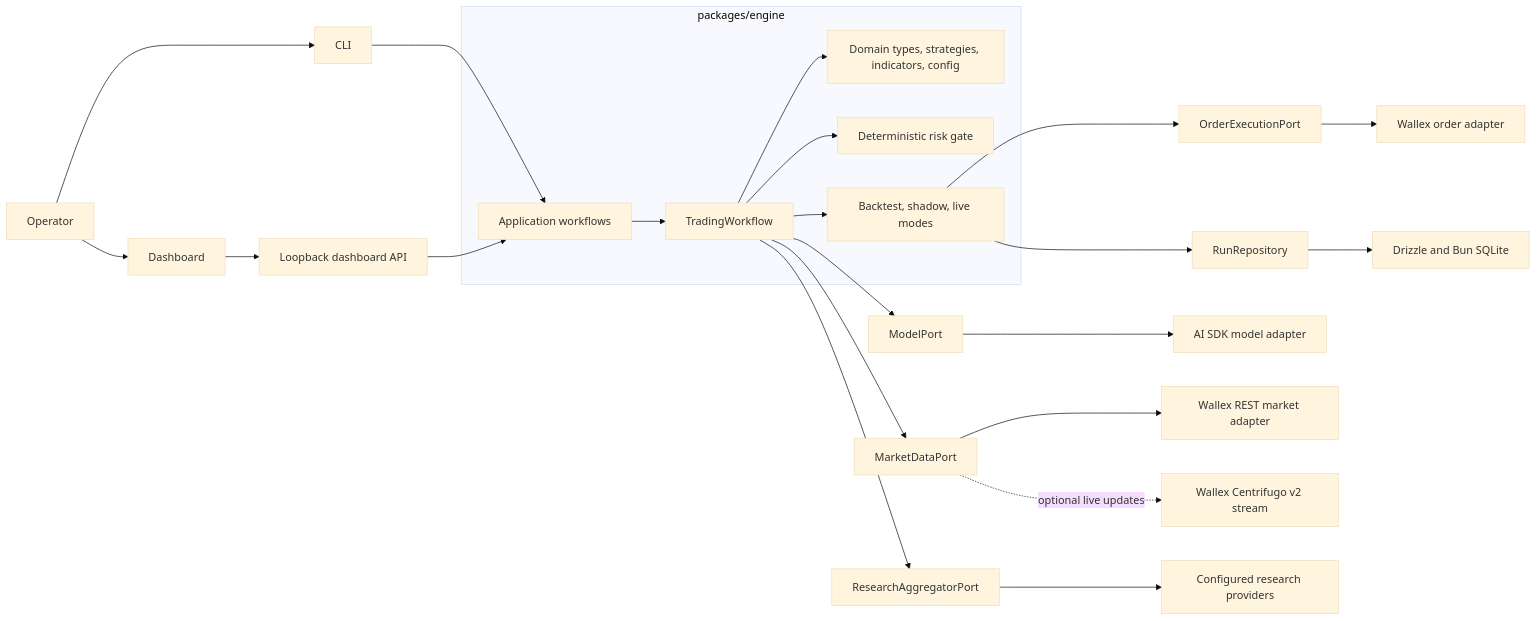
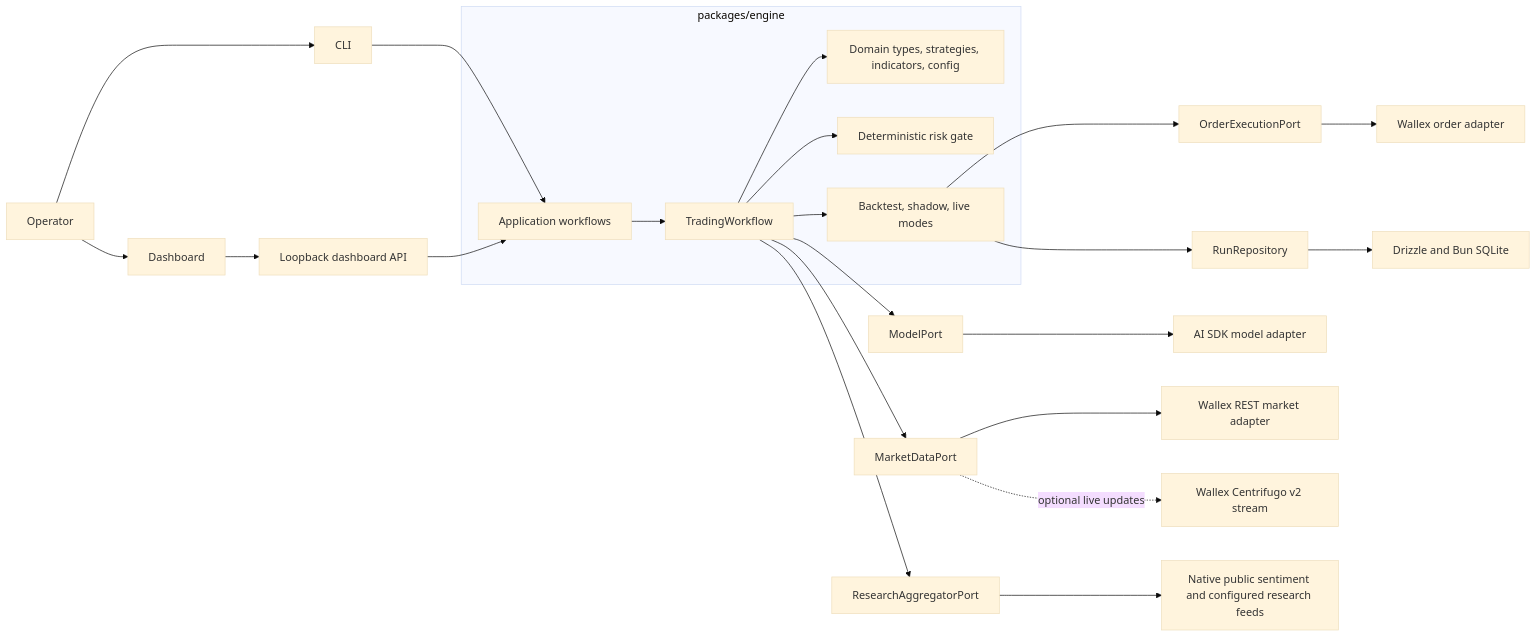
Before and after one commit to mhbdev/trex: the first of 6 diagrams in packages/engine/README.md, drawn with Mermaid (base theme). The commit also changed other lines of this file and 33 other files, not shown here.

```diff
--- a/packages/engine/README.md
+++ b/packages/engine/README.md
@@ -24,33 +24,33 @@
 ~~~mermaid
 flowchart LR
   operator["Operator"] --> cli["CLI"]
   operator --> ui["Dashboard"]
   ui --> localApi["Loopback dashboard API"]
   cli --> useCases["Engine use cases"]
   localApi --> useCases
 
   subgraph engine["packages/engine"]
     useCases["Application workflows"]
     domain["Domain types, strategies, indicators, config"]
     workflow["TradingWorkflow"]
     risk["Deterministic risk gate"]
     modes["Backtest, shadow, live modes"]
     useCases --> workflow
     workflow --> domain
     workflow --> risk
     workflow --> modes
   end
 
   workflow --> modelPort["ModelPort"]
   workflow --> marketPort["MarketDataPort"]
   workflow --> researchPort["ResearchAggregatorPort"]
   modes --> executionPort["OrderExecutionPort"]
   modes --> repositoryPort["RunRepository"]
 
   modelPort --> aiAdapter["AI SDK model adapter"]
   marketPort --> wallexMarket["Wallex REST market adapter"]
   marketPort -. optional live updates .-> stream["Wallex Centrifugo v2 stream"]
-  researchPort --> sources["Configured research providers"]
+  researchPort --> sources["Native public sentiment and configured research feeds"]
   executionPort --> wallexOrders["Wallex order adapter"]
   repositoryPort --> sqlite["Drizzle and Bun SQLite"]
 ~~~
```
